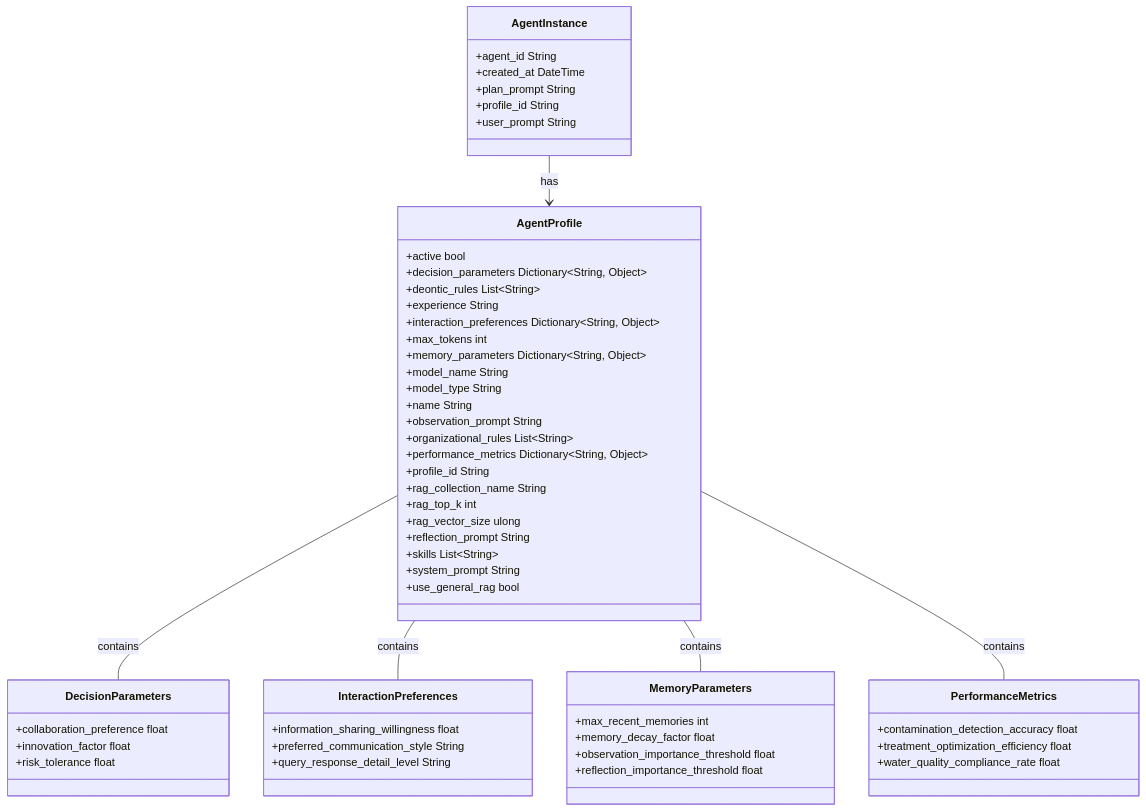
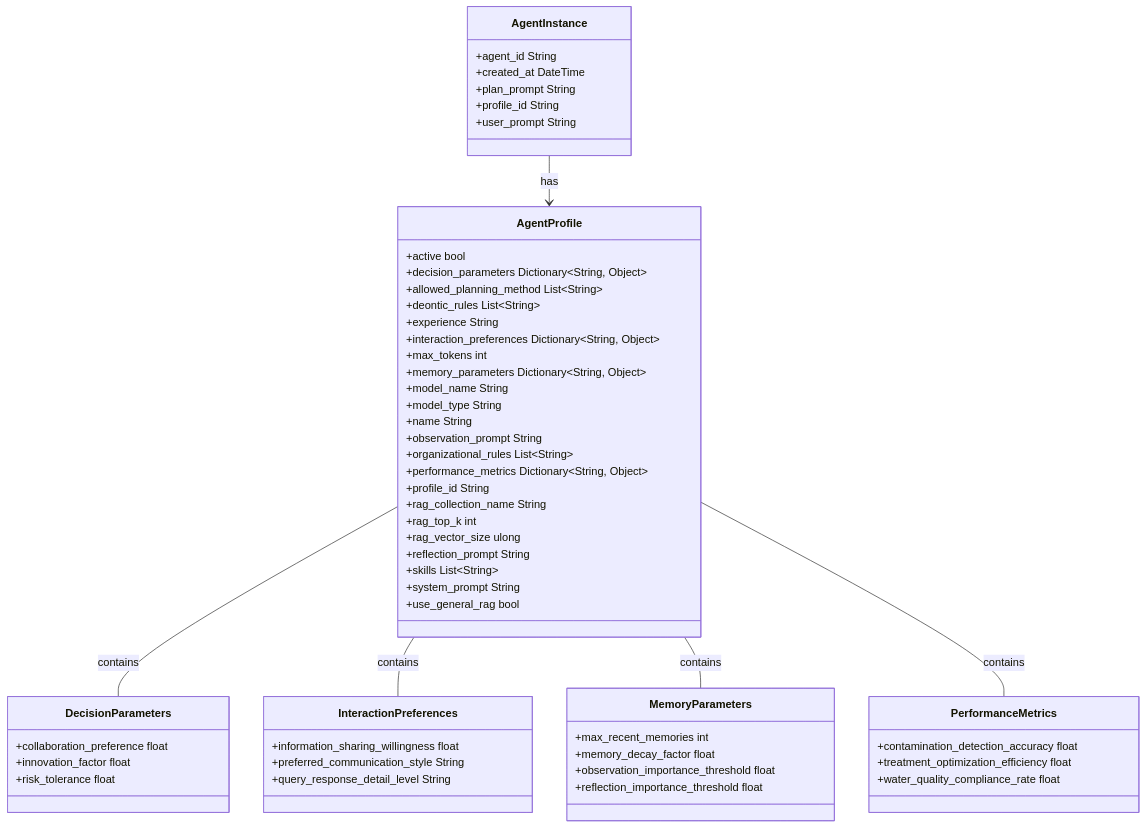
One commit to XMPro/Multi-Agent changed the diagram in docs/architecture/agent_architecture.md. Above: the diagram before and after it, drawn with Mermaid. The commit also changed 11 other files, not shown here.

````diff
--- a/docs/architecture/agent_architecture.md
+++ b/docs/architecture/agent_architecture.md
@@ -18,66 +18,67 @@
 ```mermaid
 classDiagram
     class AgentProfile {
         +active bool
         +decision_parameters Dictionary~String, Object~
+        +allowed_planning_method List~String~
         +deontic_rules List~String~
         +experience String
         +interaction_preferences Dictionary~String, Object~
         +max_tokens int
         +memory_parameters Dictionary~String, Object~
         +model_name String
         +model_type String
         +name String
         +observation_prompt String
         +organizational_rules List~String~
         +performance_metrics Dictionary~String, Object~
         +profile_id String
         +rag_collection_name String
         +rag_top_k int
         +rag_vector_size ulong
         +reflection_prompt String
         +skills List~String~
         +system_prompt String
         +use_general_rag bool
     }
     
     class AgentInstance {
         +agent_id String
         +created_at DateTime
         +plan_prompt String
         +profile_id String
         +user_prompt String
     }
     
     AgentInstance --> AgentProfile : has
 
     class DecisionParameters {
         +collaboration_preference float
         +innovation_factor float
         +risk_tolerance float
     }
 
     class InteractionPreferences {
         +information_sharing_willingness float
         +preferred_communication_style String
         +query_response_detail_level String
     }
 
     class MemoryParameters {
         +max_recent_memories int
         +memory_decay_factor float
         +observation_importance_threshold float
         +reflection_importance_threshold float
     }
 
     class PerformanceMetrics {
         +contamination_detection_accuracy float
         +treatment_optimization_efficiency float
         +water_quality_compliance_rate float
     }
 
     AgentProfile -- DecisionParameters : contains
     AgentProfile -- InteractionPreferences : contains
     AgentProfile -- MemoryParameters : contains
     AgentProfile -- PerformanceMetrics : contains
 ```
````
